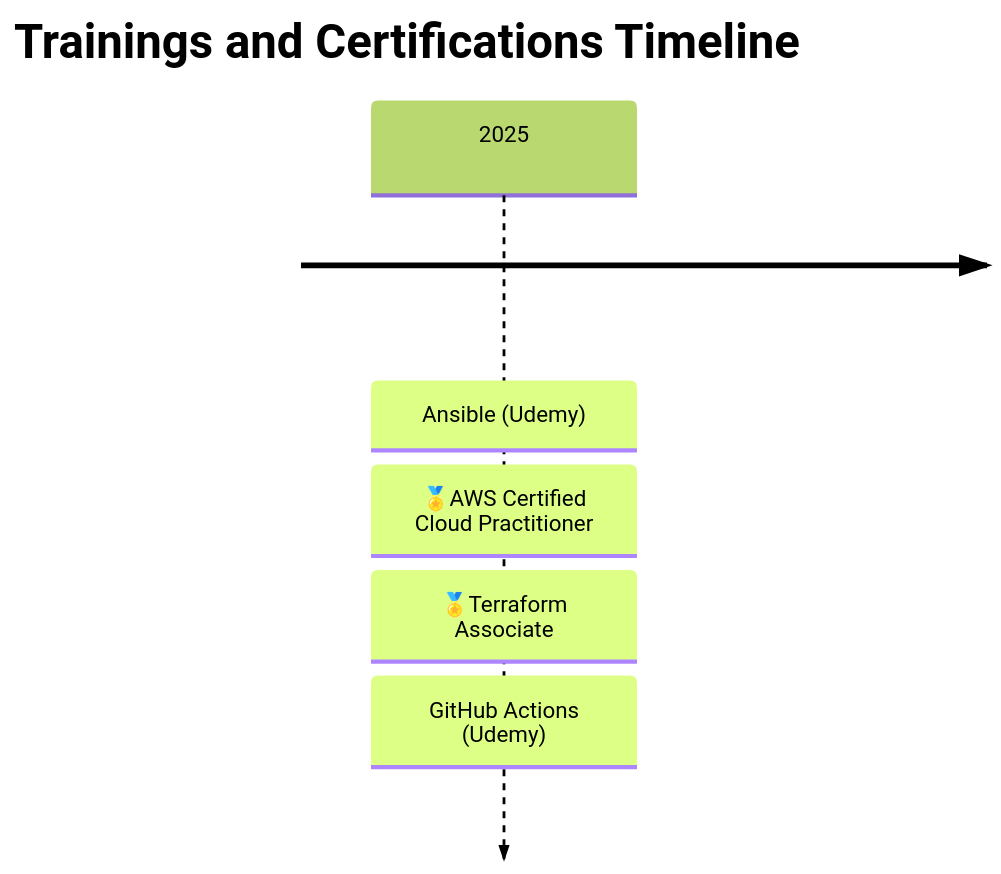
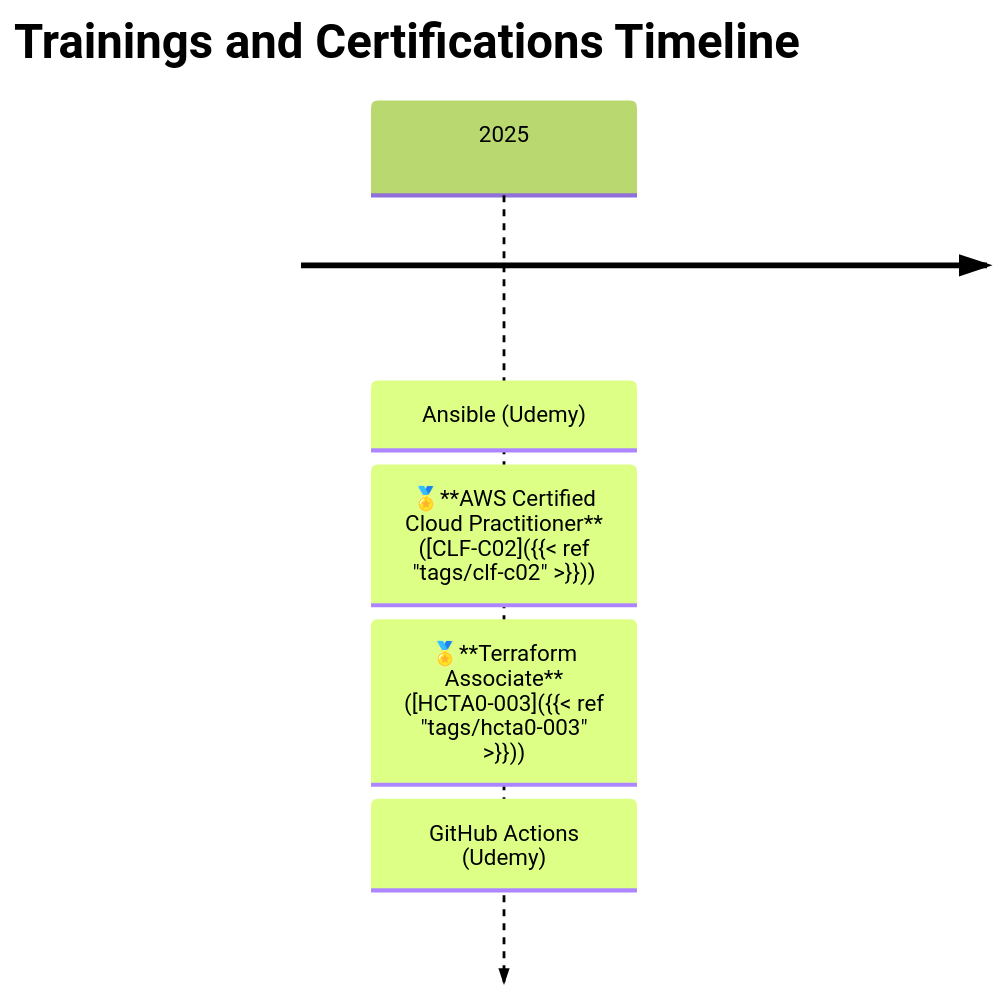
One commit to rtdevx/rtdevx.github.io changed the diagram in content/about.md. Above: the diagram before and after it, drawn with Mermaid (forest theme).

Commit message:
Obsidian sync: 2025-12-09 22:07:10

```diff
--- a/content/about.md
+++ b/content/about.md
@@ -61,8 +61,8 @@
 {{< mermaid >}}
 timeline
     title Trainings and Certifications Timeline
     2025 : Ansible (Udemy)
-         : 🏅AWS Certified Cloud Practitioner
-         : 🏅Terraform Associate
+         : 🏅**AWS Certified Cloud Practitioner** ([CLF-C02]({{< ref "tags/clf-c02" >}}))
+         : 🏅**Terraform Associate** ([HCTA0-003]({{< ref "tags/hcta0-003" >}}))
          : GitHub Actions (Udemy)
 {{< /mermaid >}}
```
